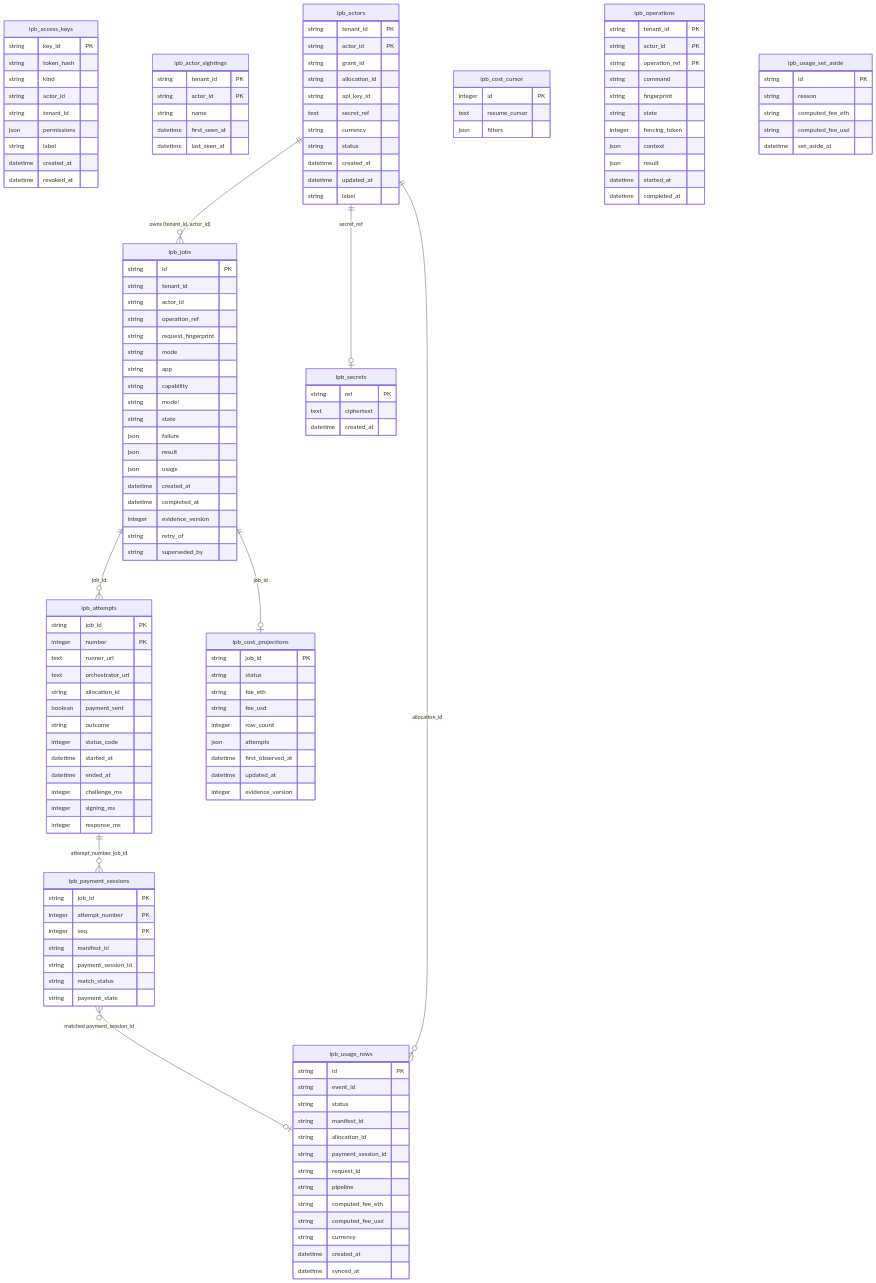
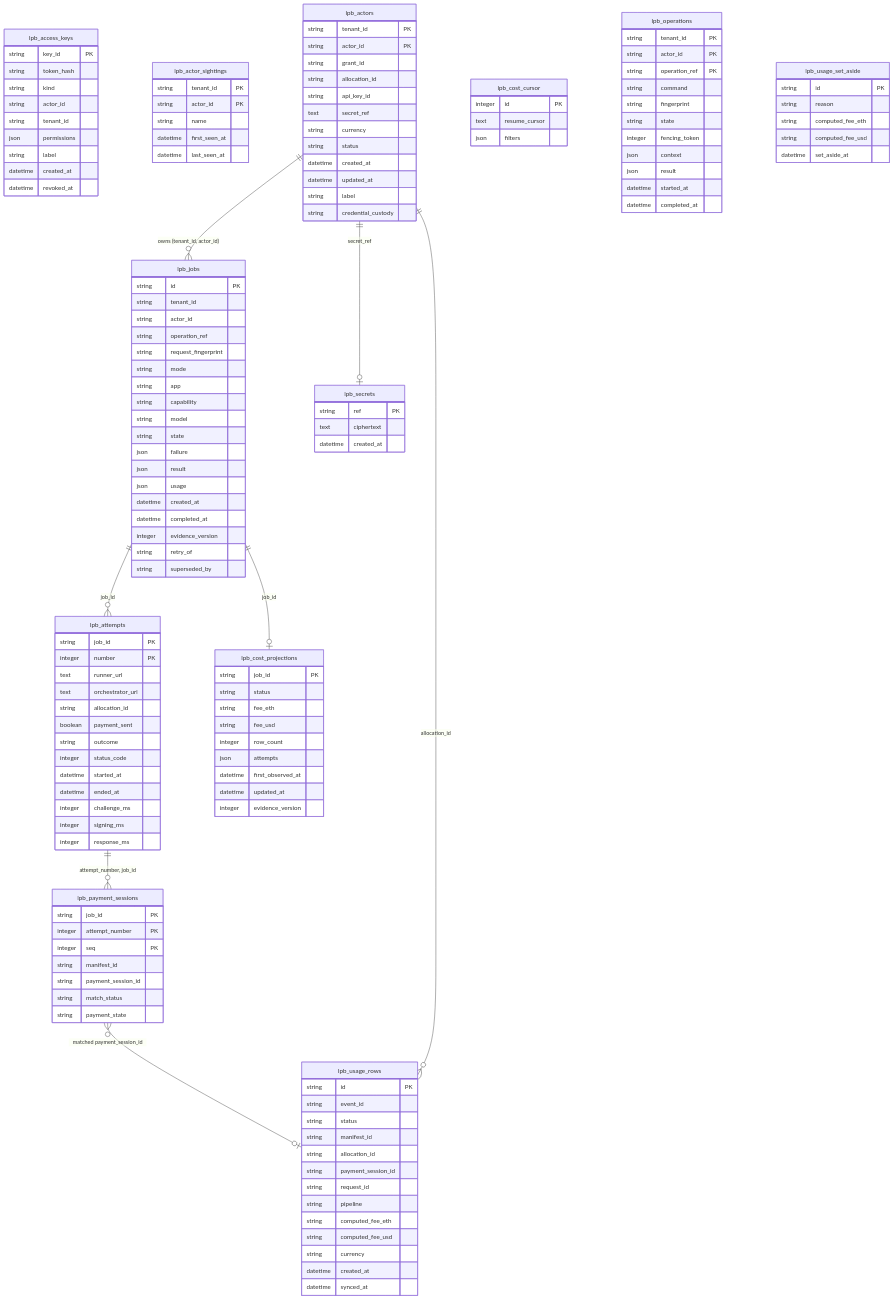
Before and after one commit to NE-Build-Track/livepeer-builder-core: the diagram in docs/generated/db-schema.md, drawn with Mermaid. The commit also changed other lines of this file and 32 other files, not shown here.

```diff
--- a/docs/generated/db-schema.md
+++ b/docs/generated/db-schema.md
@@ -37,6 +37,7 @@
         datetime created_at
         datetime updated_at
         string label
+        string credential_custody
     }
     lpb_attempts {
         string job_id PK
```
